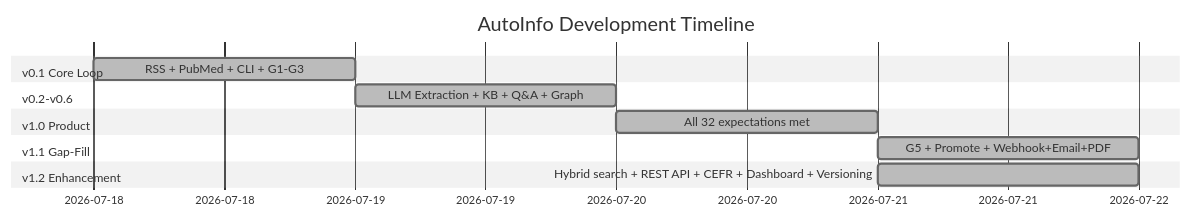
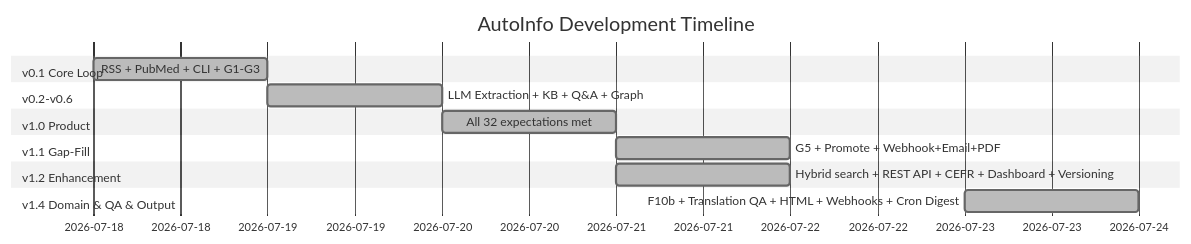
Before and after one commit to 1StepMore/AutoInfo: the diagram in docs/dev/founder-expectations.md, drawn with Mermaid. The commit also changed other lines of this file and 27 other files, not shown here.

````diff
--- a/docs/dev/founder-expectations.md
+++ b/docs/dev/founder-expectations.md
@@ -765,16 +786,18 @@
 ```mermaid
 %%{init: {'theme': 'neutral', 'themeVariables': { 'fontSize': '14px'}}}%%
 gantt
     title AutoInfo Development Timeline
     dateFormat  YYYY-MM-DD
     section v0.1 Core Loop
     RSS + PubMed + CLI + G1-G3           :done, 2026-07-18, 1d
     section v0.2-v0.6
     LLM Extraction + KB + Q&A + Graph    :done, 2026-07-19, 1d
     section v1.0 Product
     All 32 expectations met              :done, 2026-07-20, 1d
     section v1.1 Gap-Fill
     G5 + Promote + Webhook+Email+PDF     :done, 2026-07-21, 1d
     section v1.2 Enhancement
     Hybrid search + REST API + CEFR + Dashboard + Versioning :done, 2026-07-21, 1d
+    section v1.4 Domain & QA & Output
+    F10b + Translation QA + HTML + Webhooks + Cron Digest :done, 2026-07-23, 1d
 ```
````
